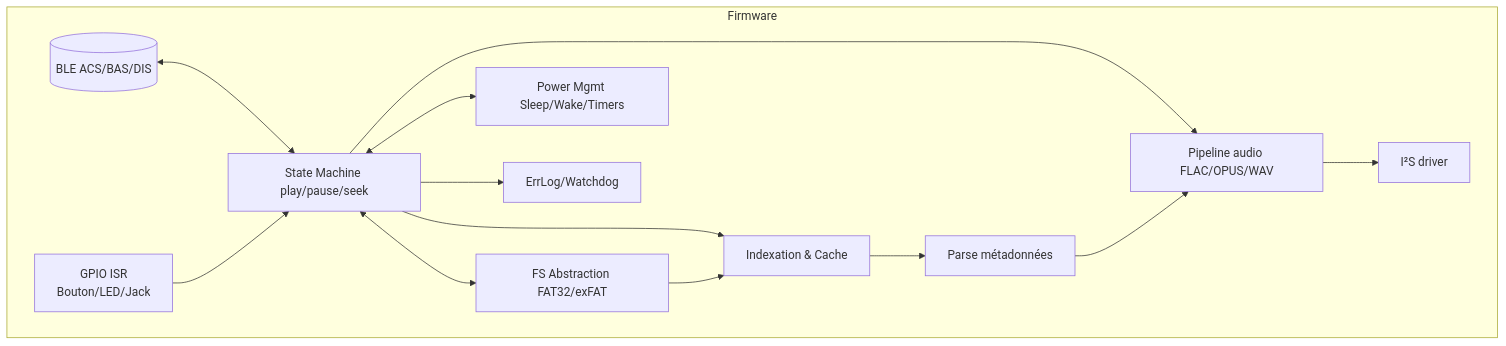
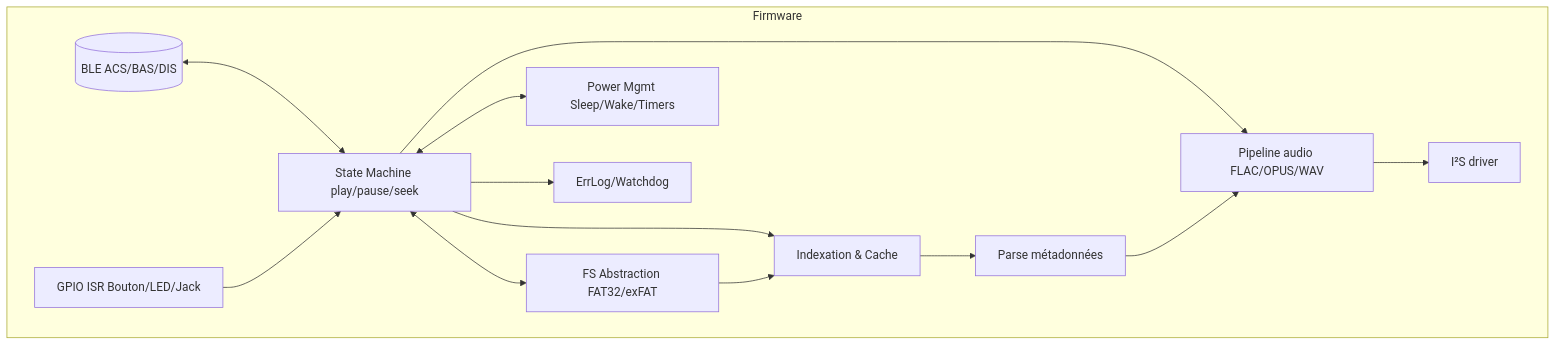
One commit to cyrilmhansen/tiresias-pod changed the second of 8 diagrams in docs/diagrams.md. Above: the diagram before and after it, drawn with Mermaid. The commit also changed other lines of this file and 3 other files, not shown here.

````diff
--- a/docs/diagrams.md
+++ b/docs/diagrams.md
@@ -45,26 +45,26 @@
 ```mermaid
 flowchart TB
   subgraph Firmware
     CTRL[State Machine play/pause/seek]
     BLE[(BLE ACS/BAS/DIS)]
     FS[FS Abstraction FAT32/exFAT]
     IDX[Indexation & Cache]
     META[Parse métadonnées]
     DEC[Pipeline audio FLAC/OPUS/WAV]
     I2S[I²S driver]
-    UI[GPIO ISR\nBouton/LED/Jack]
+    UI[GPIO ISR Bouton/LED/Jack]
     PWR[Power Mgmt Sleep/Wake/Timers]
     ERR[ErrLog/Watchdog]
   end
   BLE <--> CTRL
   UI --> CTRL
   CTRL <--> FS
   CTRL --> IDX
   FS --> IDX
   IDX --> META
   CTRL --> DEC
   META --> DEC
   DEC --> I2S
   CTRL <--> PWR
   CTRL --> ERR
 ```
````
